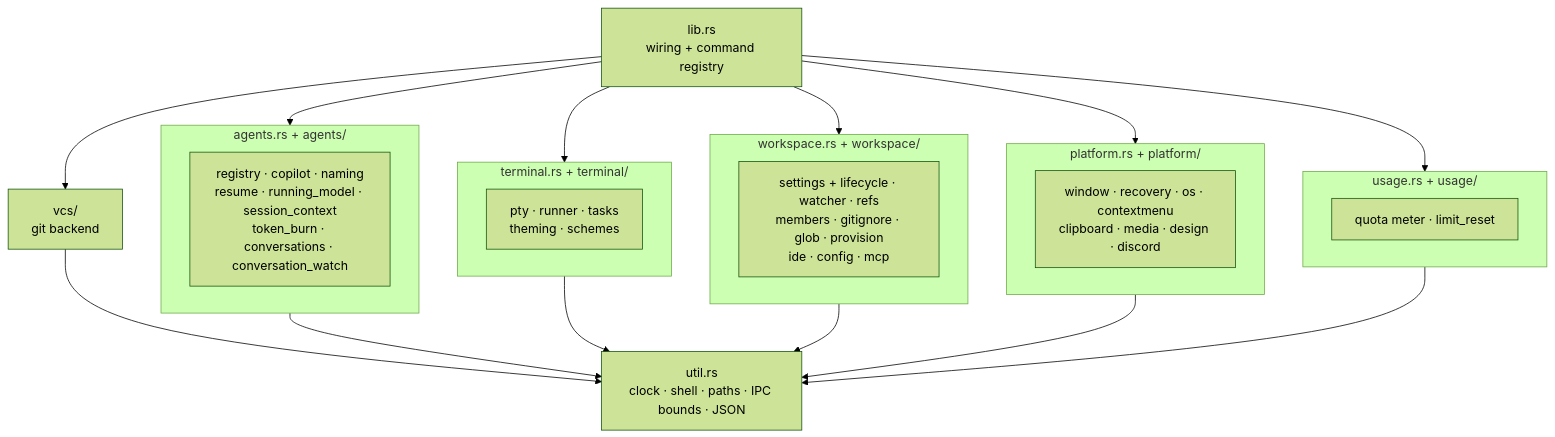
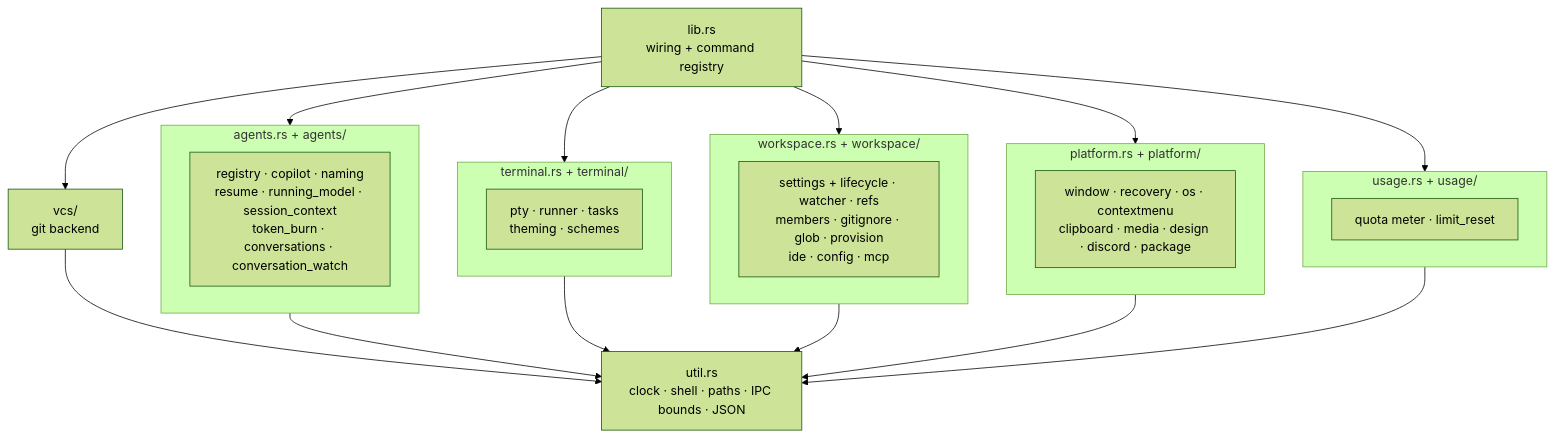
One commit to avi12/pade changed diagram 12 of 13 in ARCHITECTURE.md. Above: the diagram before and after it, drawn with Mermaid (forest theme). The commit also changed other lines of this file and 6 other files, not shown here.

````diff
--- a/ARCHITECTURE.md
+++ b/ARCHITECTURE.md
@@ -1130,23 +1130,23 @@
 ```mermaid
 flowchart TB
   Lib["lib.rs<br/>wiring + command registry"]
   subgraph Agents["agents.rs + agents/"]
     A1["registry · copilot · naming<br/>resume · running_model · session_context<br/>token_burn · conversations · conversation_watch"]
   end
   subgraph Terminal["terminal.rs + terminal/"]
     T1["pty · runner · tasks<br/>theming · schemes"]
   end
   subgraph Workspace["workspace.rs + workspace/"]
     W1["settings + lifecycle · watcher · refs<br/>members · gitignore · glob · provision<br/>ide · config · mcp"]
   end
   subgraph Platform["platform.rs + platform/"]
-    P1["window · recovery · os · contextmenu<br/>clipboard · media · design · discord"]
+    P1["window · recovery · os · contextmenu<br/>clipboard · media · design · discord · package"]
   end
   subgraph Usage["usage.rs + usage/"]
     U1["quota meter · limit_reset"]
   end
   Vcs["vcs/<br/>git backend"]
   Util["util.rs<br/>clock · shell · paths · IPC bounds · JSON"]
   Lib --> Agents & Terminal & Workspace & Platform & Usage & Vcs
   Agents & Terminal & Workspace & Platform & Usage & Vcs --> Util
 ```
````
